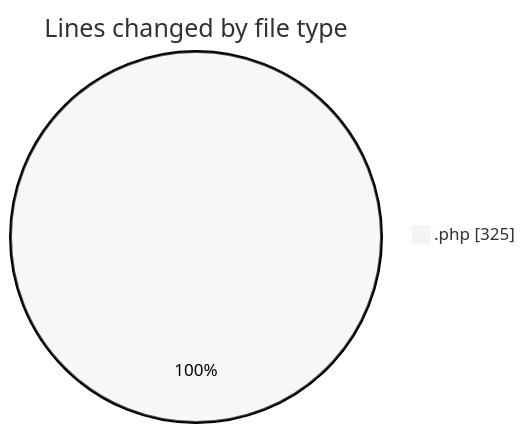
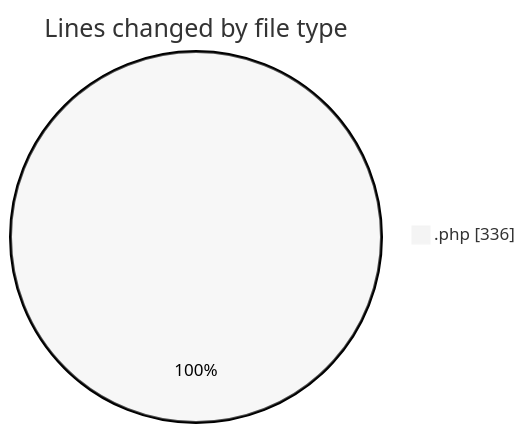
Before and after one commit to LanceThiago/code-tracking: the first of 2 diagrams in 2025-03-26/kml/README.md, drawn with Mermaid (neutral theme). The commit also changed other lines of this file and 1 other file, not shown here.

````diff
--- a/2025-03-26/kml/README.md
+++ b/2025-03-26/kml/README.md
@@ -20,5 +20,5 @@
 ```mermaid
 pie showData
 title Lines changed by file type
-".php" : 325
+".php" : 336
 ```
````
